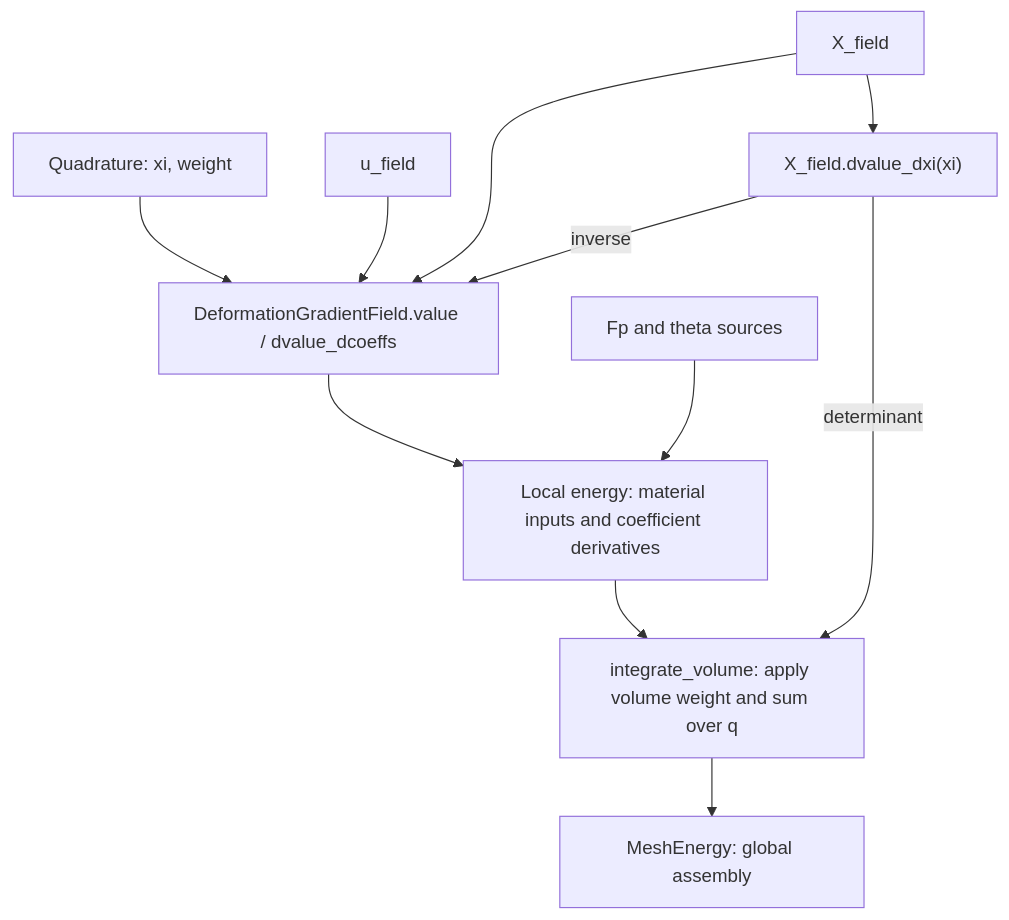
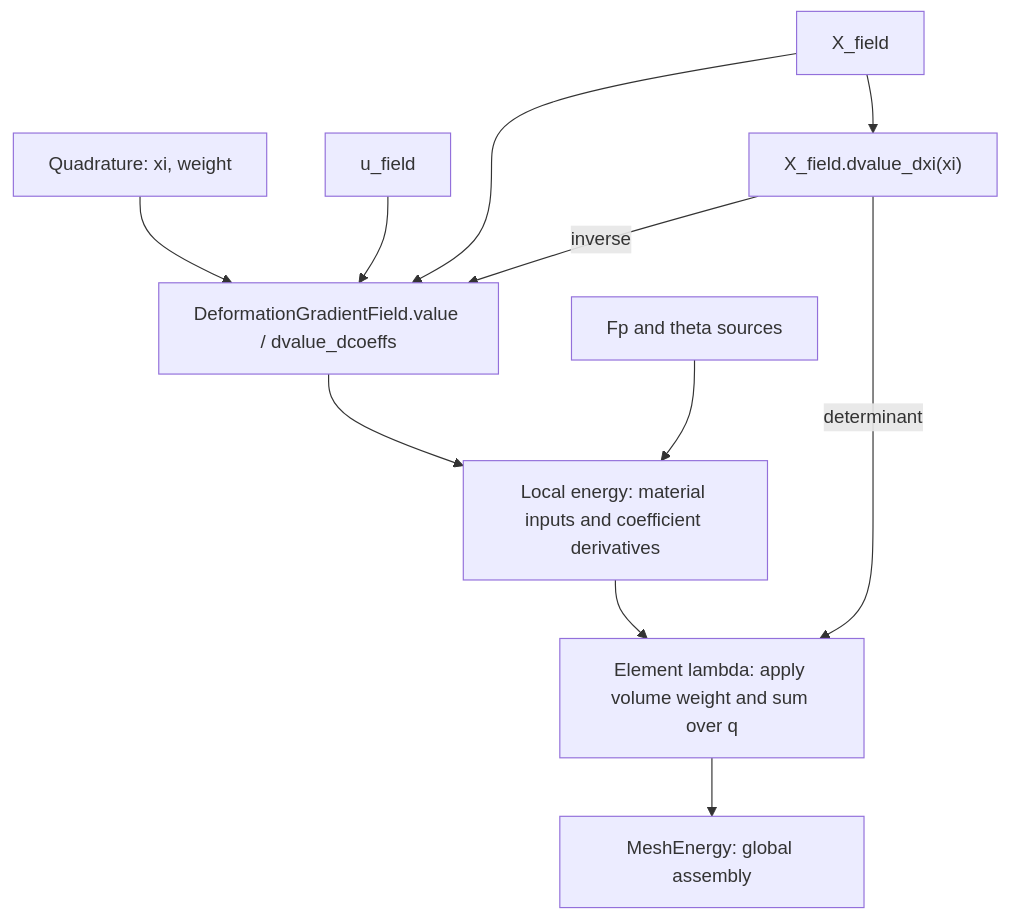
One commit to annajcy/litepgo changed the diagram in example/fem/README.md. Above: the diagram before and after it, drawn with Mermaid. The commit also changed other lines of this file and 15 other files, not shown here.

````diff
--- a/example/fem/README.md
+++ b/example/fem/README.md
@@ -5,13 +5,13 @@
 ```mermaid
 flowchart TD
     Q["Quadrature: xi, weight"] --> D["DeformationGradientField.value / dvalue_dcoeffs"]
     U["u_field"] --> D
     X["X_field"] --> D
     D --> L["Local energy: material inputs and coefficient derivatives"]
     X --> M["X_field.dvalue_dxi(xi)"]
     M -->|inverse| D
     M -->|determinant| I
     P["Fp and theta sources"] --> L
-    L --> I["integrate_volume: apply volume weight and sum over q"]
+    L --> I["Element lambda: apply volume weight and sum over q"]
     I --> A["MeshEnergy: global assembly"]
 ```
````
